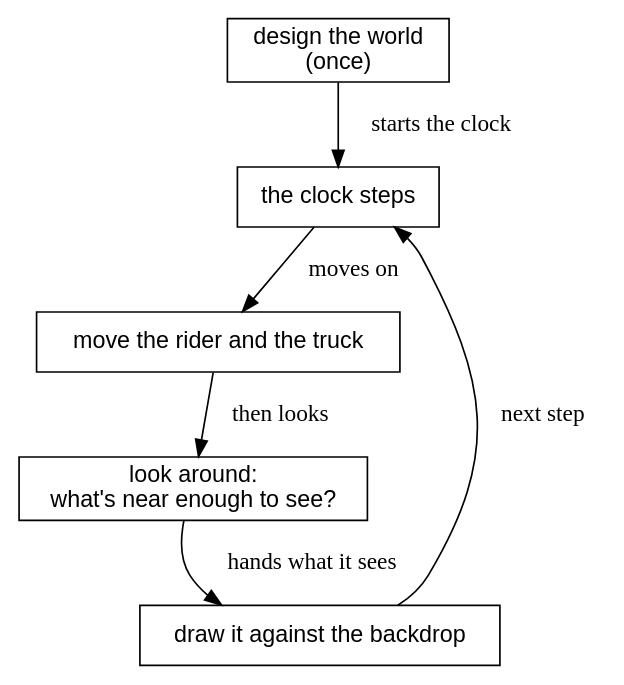
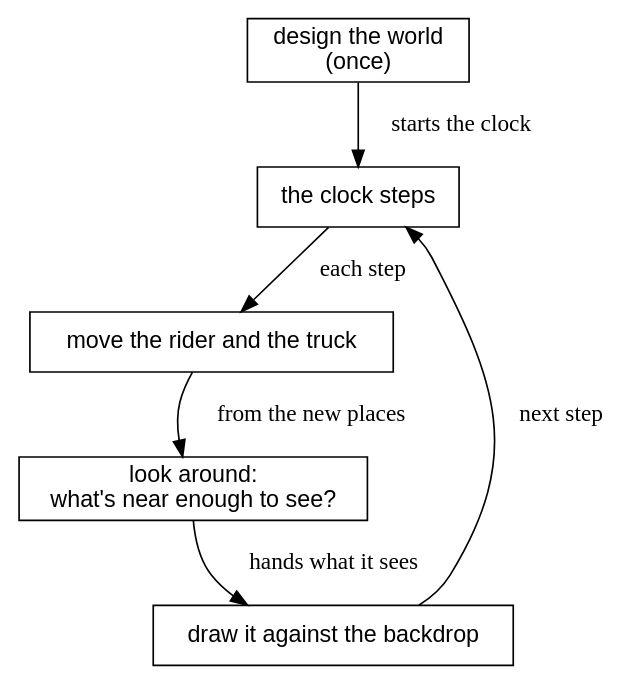
The first of 30 diagrams in canvas_apps/safari/tutorial/tutorial.md (showell/roc-apps), drawn with Graphviz before and after one commit. The commit also changed other lines of this file, not shown here.

Commit message:
safari book: plainer labels on the first loop and the World diagram

````diff
--- a/canvas_apps/safari/tutorial/tutorial.md
+++ b/canvas_apps/safari/tutorial/tutorial.md
@@ -27,15 +27,15 @@
 ```dot
 digraph problem {
   node [shape=box, fontname="Helvetica"];
   world [label="design the world\n(once)"];
   step [label="the clock steps"];
   move [label="move the rider and the truck"];
   look [label="look around:\nwhat's near enough to see?"];
   draw [label="draw it against the backdrop"];
   world -> step [label="  starts the clock"];
-  step -> move [label="  moves on"];
-  move -> look [label="  then looks"];
+  step -> move [label="  each step"];
+  move -> look [label="  from the new places"];
   look -> draw [label="  hands what it sees"];
   draw -> step [label="  next step"];
 }
 ```
````
